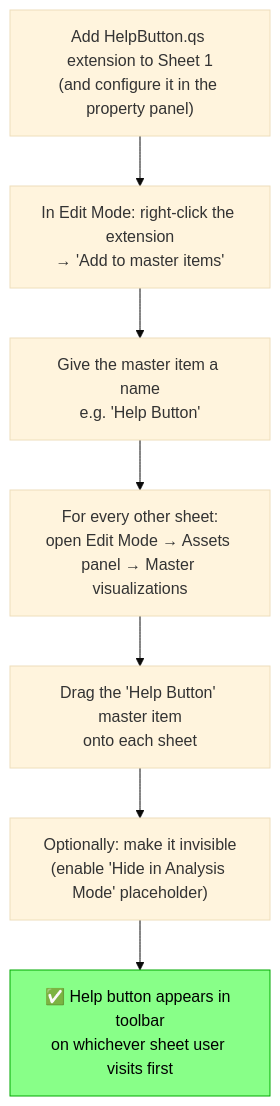
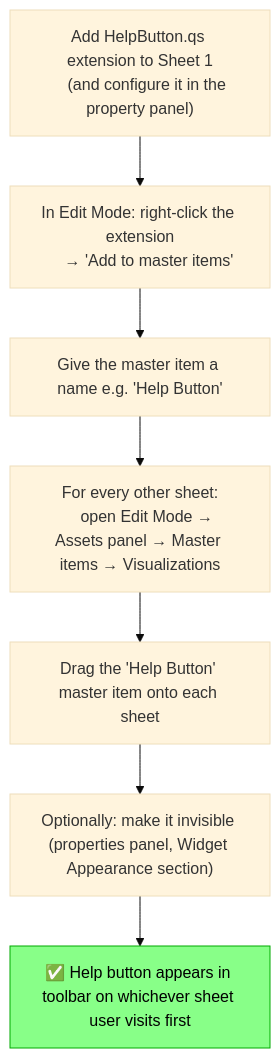
The second of 3 diagrams in docs/discussion-draft-master-item-workaround.md (ptarmiganlabs/qs-help-button), drawn with Mermaid (base theme) before and after one commit. The commit also changed other lines of this file, not shown here.

Commit message:
docs: update workaround instructions for HelpButton.qs visibility

````diff
--- a/docs/discussion-draft-master-item-workaround.md
+++ b/docs/discussion-draft-master-item-workaround.md
@@ -49,11 +49,14 @@
 ```mermaid
 flowchart TD
-    A["Add HelpButton.qs extension to Sheet 1\n(and configure it in the property panel)"] --> B["In Edit Mode: right-click the extension\n→ 'Add to master items'"]
-    B --> C["Give the master item a name\ne.g. 'Help Button'"]
-    C --> D["For every other sheet:\nopen Edit Mode → Assets panel → Master visualizations"]
-    D --> E["Drag the 'Help Button' master item\nonto each sheet"]
-    E --> F["Optionally: make it invisible\n(enable 'Hide in Analysis Mode' placeholder)"]
-    F --> G["✅ Help button appears in toolbar\non whichever sheet user visits first"]
+    A["Add HelpButton.qs extension to Sheet 1
+    (and configure it in the property panel)"] --> B["In Edit Mode: right-click the extension
+    → 'Add to master items'"]
+    B --> C["Give the master item a name e.g. 'Help Button'"]
+    C --> D["For every other sheet:
+    open Edit Mode → Assets panel → Master items → Visualizations"]
+    D --> E["Drag the 'Help Button' master item onto each sheet"]
+    E --> F["Optionally: make it invisible (properties panel, Widget Appearance section)"]
+    F --> G["✅ Help button appears in toolbar on whichever sheet user visits first"]
 
     style G fill:#8f8,stroke:#0a0,color:#000
 ```
````
